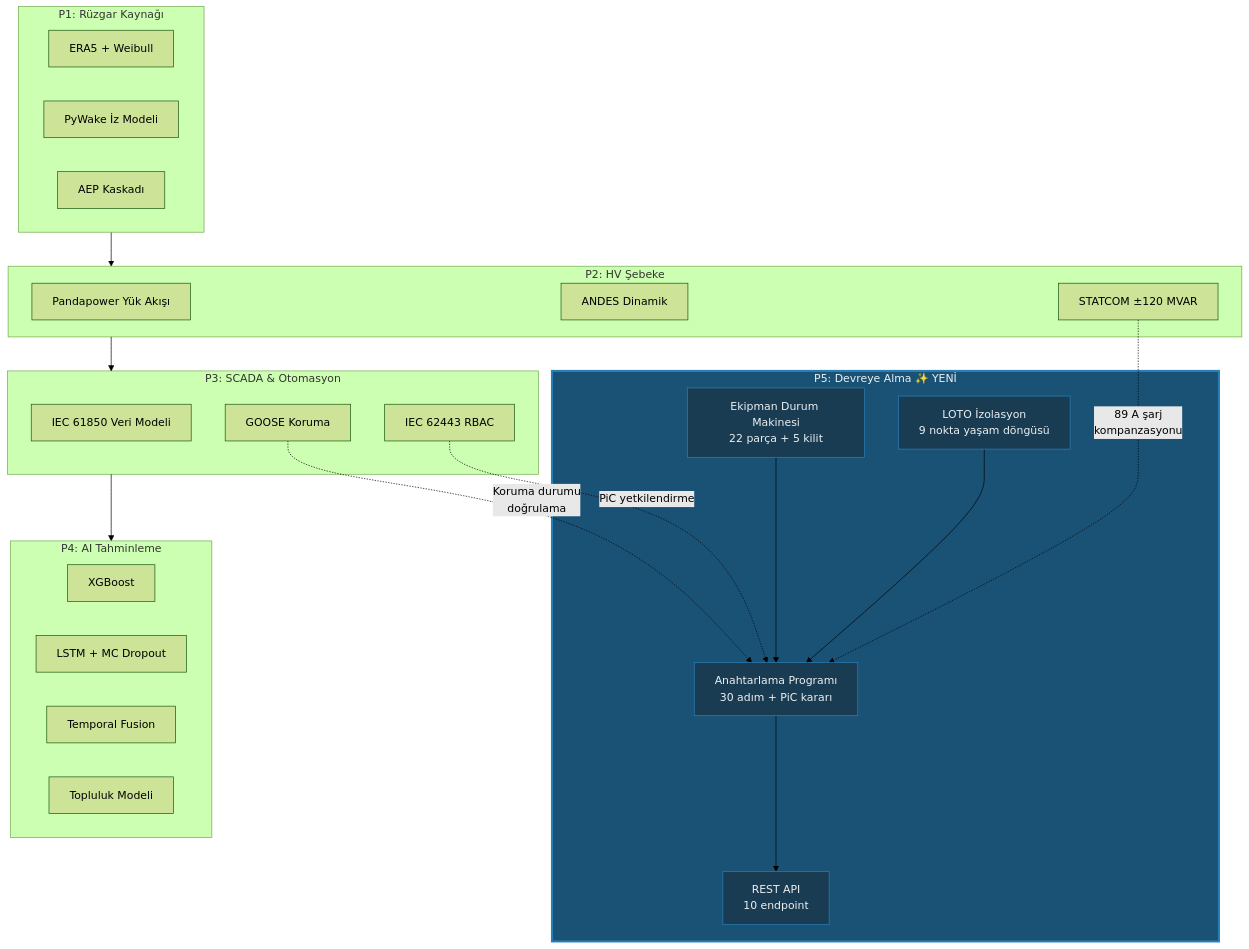
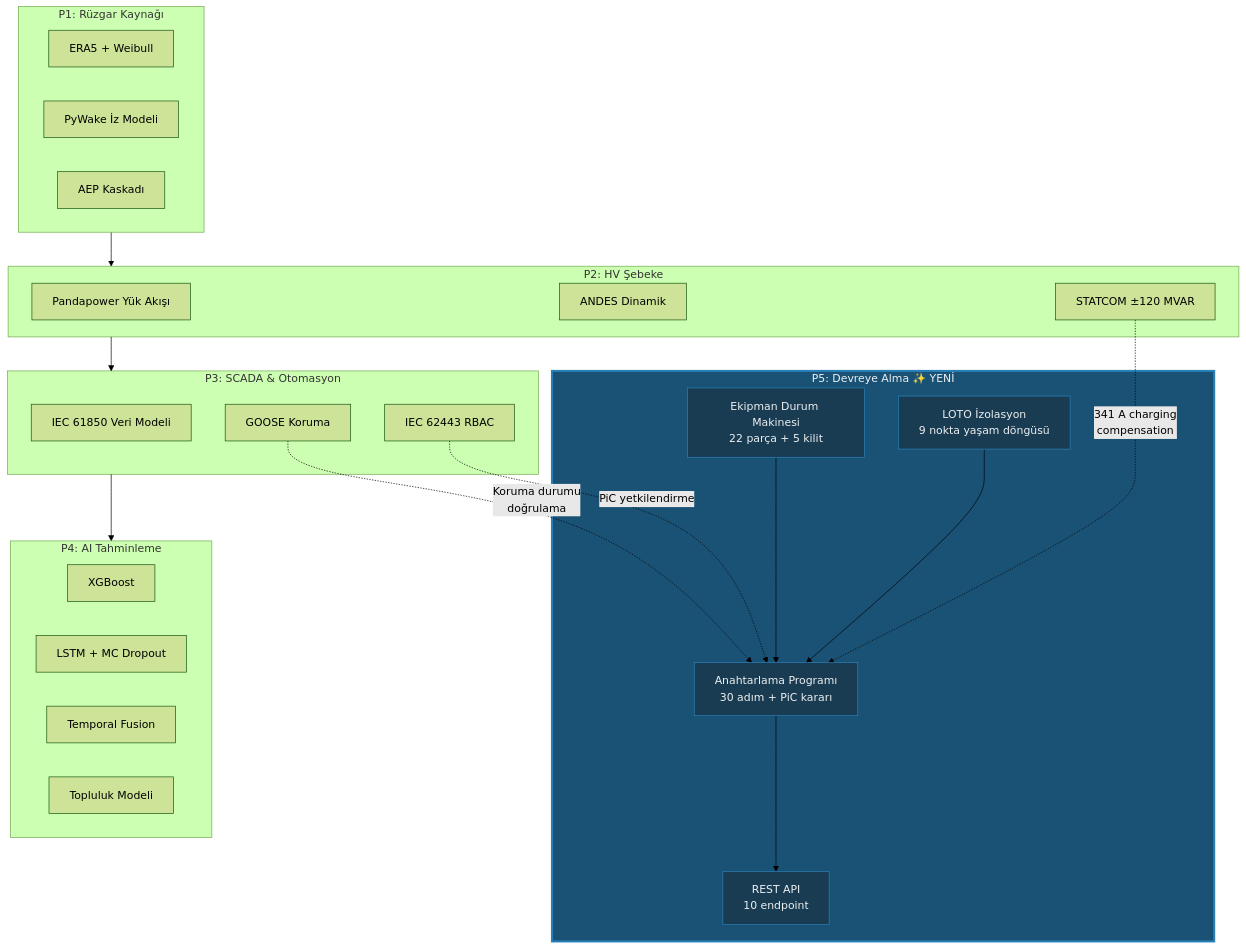
The diagram in docs/en/lessons/lesson-017.md (polat-mustafa/baltic-wind-control-system), drawn with Mermaid (forest theme) before and after one commit. The commit also changed other lines of this file and 85 other files, not shown here.

````diff
--- a/docs/en/lessons/lesson-017.md
+++ b/docs/en/lessons/lesson-017.md
@@ -491,52 +491,52 @@
 ```mermaid
 graph TB
     subgraph P1["P1: Rüzgar Kaynağı"]
         ERA5["ERA5 + Weibull"]
         PyWake["PyWake İz Modeli"]
         AEP["AEP Kaskadı"]
     end
 
     subgraph P2["P2: HV Şebeke"]
         PF["Pandapower Yük Akışı"]
         ANDES["ANDES Dinamik"]
         STATCOM["STATCOM ±120 MVAR"]
     end
 
     subgraph P3["P3: SCADA & Otomasyon"]
         IEC61850["IEC 61850 Veri Modeli"]
         GOOSE["GOOSE Koruma"]
         RBAC["IEC 62443 RBAC"]
     end
 
     subgraph P4["P4: AI Tahminleme"]
         XGB["XGBoost"]
         LSTM["LSTM + MC Dropout"]
         TFT["Temporal Fusion"]
         ENS["Topluluk Modeli"]
     end
 
     subgraph P5["P5: Devreye Alma ✨ YENİ"]
         ESM["Ekipman Durum Makinesi<br/>22 parça + 5 kilit"]
         SP["Anahtarlama Programı<br/>30 adım + PiC kararı"]
         LOTO["LOTO İzolasyon<br/>9 nokta yaşam döngüsü"]
         API["REST API<br/>10 endpoint"]
     end
 
     P1 --> P2
     P2 --> P3
     P3 --> P4
 
-    STATCOM -.->|"89 A şarj<br/>kompanzasyonu"| SP
+    STATCOM -.->|"341 A charging<br/>compensation"| SP
     GOOSE -.->|"Koruma durumu<br/>doğrulama"| SP
     RBAC -.->|"PiC yetkilendirme"| SP
 
     ESM --> SP
     LOTO --> SP
     SP --> API
 
     style P5 fill:#1a5276,stroke:#2980b9,stroke-width:3px,color:#ecf0f1
     style ESM fill:#1a3c53,stroke:#2980b9,color:#ecf0f1
     style SP fill:#1a3c53,stroke:#2980b9,color:#ecf0f1
     style LOTO fill:#1a3c53,stroke:#2980b9,color:#ecf0f1
     style API fill:#1a3c53,stroke:#2980b9,color:#ecf0f1
 ```
````
